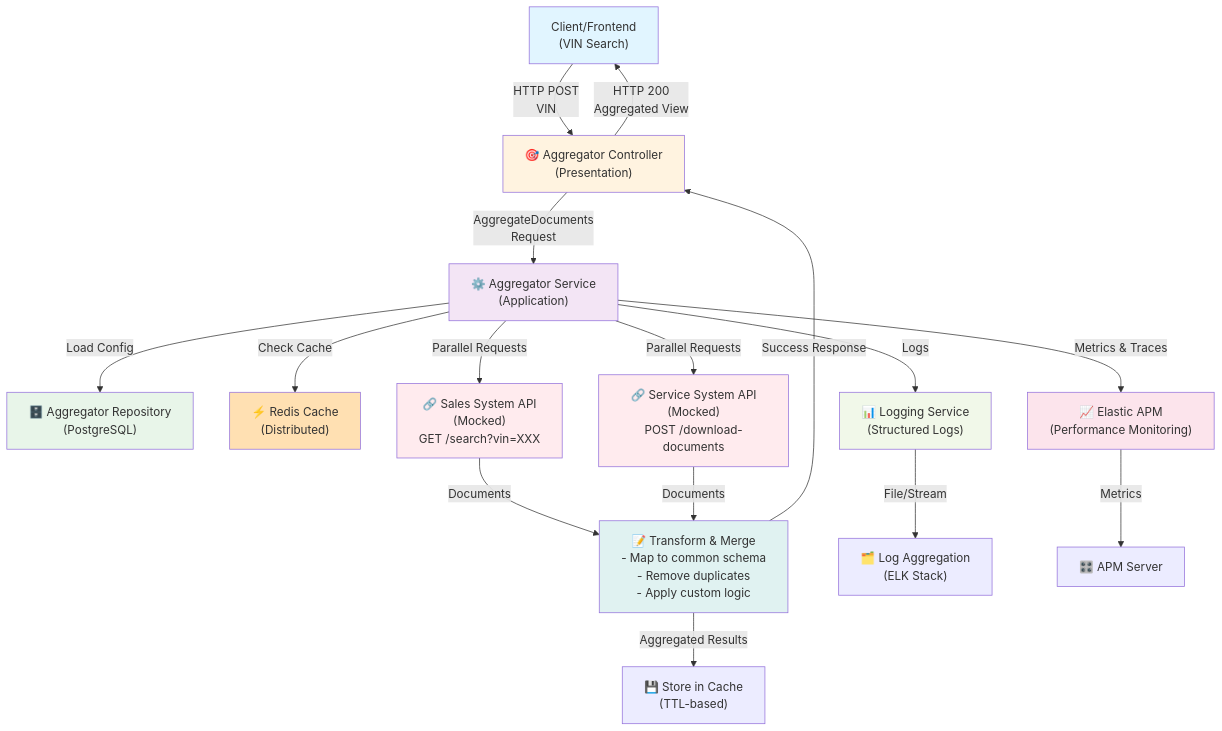
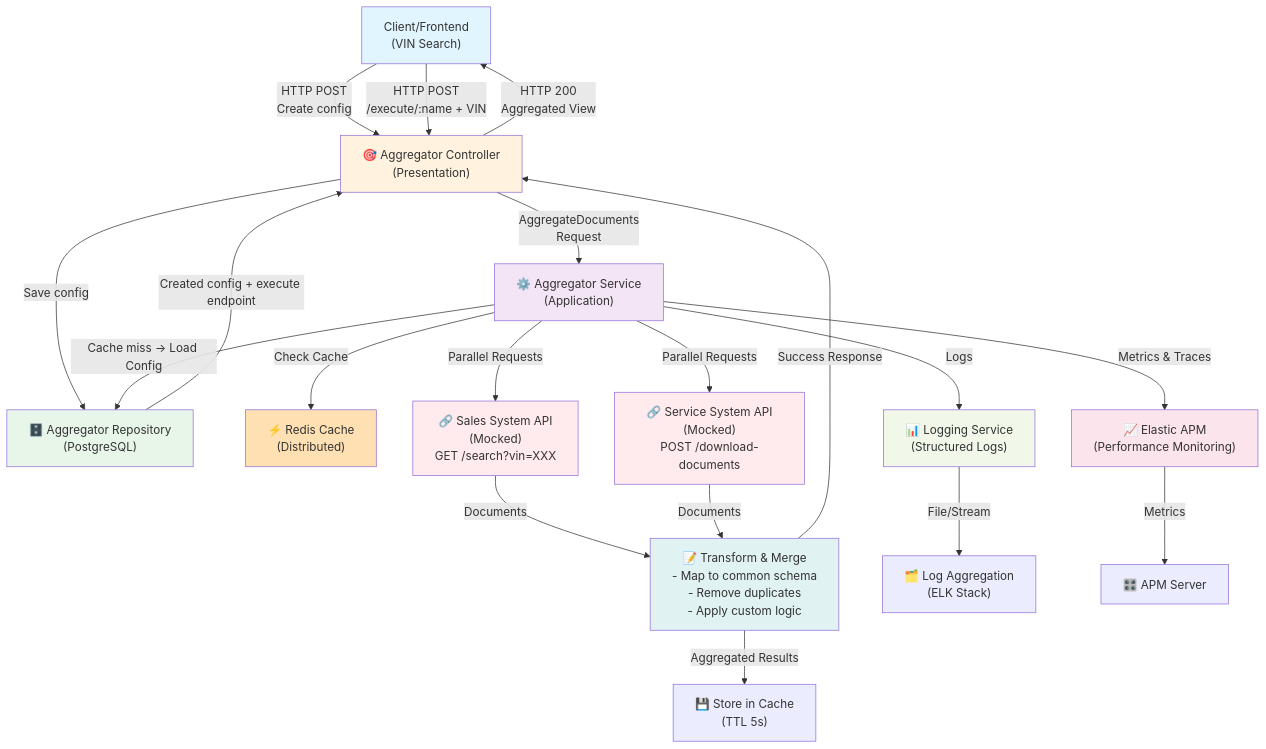
The third of 5 diagrams in SYSTEM_DOCUMENT.md (DokuroGitHub/data-aggregator), drawn with Mermaid before and after one commit. The commit also changed other lines of this file and 1 other file, not shown here.

````diff
--- a/SYSTEM_DOCUMENT.md
+++ b/SYSTEM_DOCUMENT.md
@@ -76,39 +136,43 @@
 ```mermaid
 graph TB
     Client["Client/Frontend<br/>(VIN Search)"]
 
-    Client -->|HTTP POST<br/>VIN| Controller["🎯 Aggregator Controller<br/>(Presentation)"]
+    Client -->|HTTP POST<br/>Create config| Controller["🎯 Aggregator Controller<br/>(Presentation)"]
+    Controller -->|Save config| Repo["🗄️ Aggregator Repository<br/>(PostgreSQL)"]
+    Repo -->|Created config + execute endpoint| Controller
+
+    Client -->|HTTP POST<br/>/execute/:name + VIN| Controller
 
     Controller -->|AggregateDocuments<br/>Request| AggregatorService["⚙️ Aggregator Service<br/>(Application)"]
 
-    AggregatorService -->|Load Config| Repo["🗄️ Aggregator Repository<br/>(PostgreSQL)"]
     AggregatorService -->|Check Cache| Redis["⚡ Redis Cache<br/>(Distributed)"]
+    AggregatorService -->|Cache miss -> Load Config| Repo
 
     AggregatorService -->|Parallel Requests| SalesAPI["🔗 Sales System API<br/>(Mocked)<br/>GET /search?vin=XXX"]
     AggregatorService -->|Parallel Requests| ServiceAPI["🔗 Service System API<br/>(Mocked)<br/>POST /download-documents"]
 
     SalesAPI -->|Documents| Transform["📝 Transform & Merge<br/>- Map to common schema<br/>- Remove duplicates<br/>- Apply custom logic"]
     ServiceAPI -->|Documents| Transform
 
-    Transform -->|Aggregated Results| CacheStore["💾 Store in Cache<br/>(TTL-based)"]
+    Transform -->|Aggregated Results| CacheStore["💾 Store in Cache<br/>(TTL 5s)"]
     Transform -->|Success Response| Controller
 
     Controller -->|HTTP 200<br/>Aggregated View| Client
 
     AggregatorService -->|Logs| Logger["📊 Logging Service<br/>(Structured Logs)"]
     AggregatorService -->|Metrics & Traces| APM["📈 Elastic APM<br/>(Performance Monitoring)"]
 
     Logger -->|File/Stream| LogBackend["🗂️ Log Aggregation<br/>(ELK Stack)"]
     APM -->|Metrics| APMServer["🎛️ APM Server"]
 
     style Client fill:#e1f5ff
     style Controller fill:#fff3e0
     style AggregatorService fill:#f3e5f5
     style Repo fill:#e8f5e9
     style Redis fill:#ffe0b2
     style SalesAPI fill:#ffebee
     style ServiceAPI fill:#ffebee
     style Transform fill:#e0f2f1
     style Logger fill:#f1f8e9
     style APM fill:#fce4ec
 ```
````
